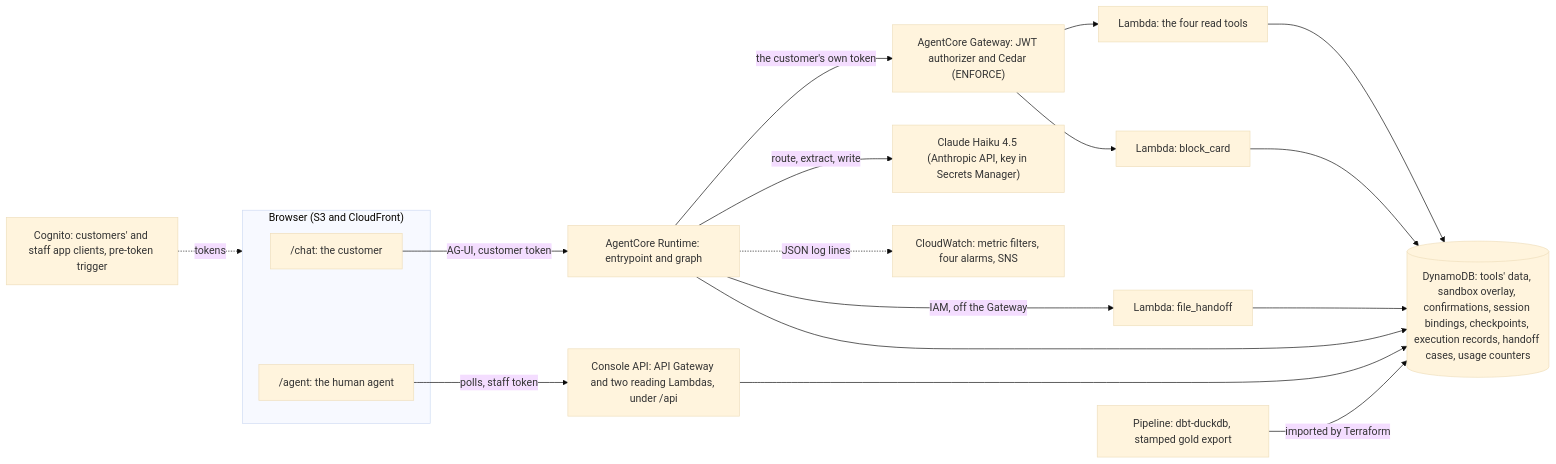
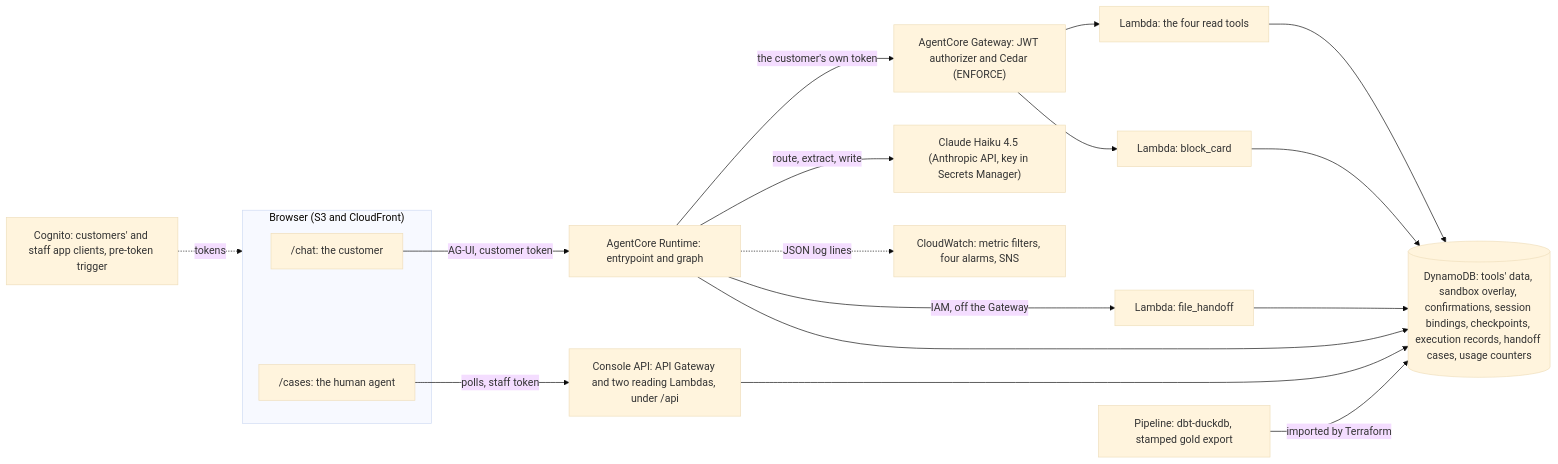
Before and after one commit to gafnts/factored-hackathon-2026-gafnts: the first of 5 diagrams in docs/architecture.md, drawn with Mermaid (base theme). The commit also changed 8 other files, not shown here.

````diff
--- a/docs/architecture.md
+++ b/docs/architecture.md
@@ -12,33 +12,33 @@
 ```mermaid
 flowchart LR
   subgraph Browser["Browser (S3 and CloudFront)"]
     CHAT["/chat: the customer"]
-    AGT["/agent: the human agent"]
+    AGT["/cases: the human agent"]
   end
   COG["Cognito: customers' and staff app clients, pre-token trigger"]
   RT["AgentCore Runtime: entrypoint and graph"]
   GW["AgentCore Gateway: JWT authorizer and Cedar (ENFORCE)"]
   READS["Lambda: the four read tools"]
   BLOCK["Lambda: block_card"]
   FILE["Lambda: file_handoff"]
   API["Console API: API Gateway and two reading Lambdas, under /api"]
   DB[("DynamoDB: tools' data, sandbox overlay, confirmations, session bindings, checkpoints, execution records, handoff cases, usage counters")]
   LLM["Claude Haiku 4.5 (Anthropic API, key in Secrets Manager)"]
   PIPE["Pipeline: dbt-duckdb, stamped gold export"]
   ALM["CloudWatch: metric filters, four alarms, SNS"]
   COG -.->|"tokens"| Browser
   CHAT -->|"AG-UI, customer token"| RT
   AGT -->|"polls, staff token"| API
   RT -->|"the customer's own token"| GW
   GW --> READS
   GW --> BLOCK
   RT -->|"IAM, off the Gateway"| FILE
   RT -->|"route, extract, write"| LLM
   RT -.->|"JSON log lines"| ALM
   READS --> DB
   BLOCK --> DB
   FILE --> DB
   RT --> DB
   API --> DB
   PIPE -->|"imported by Terraform"| DB
 ```
````
